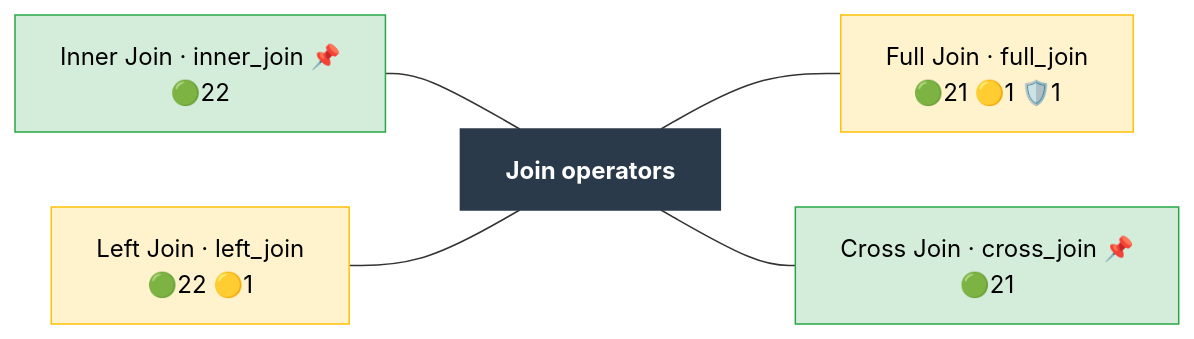
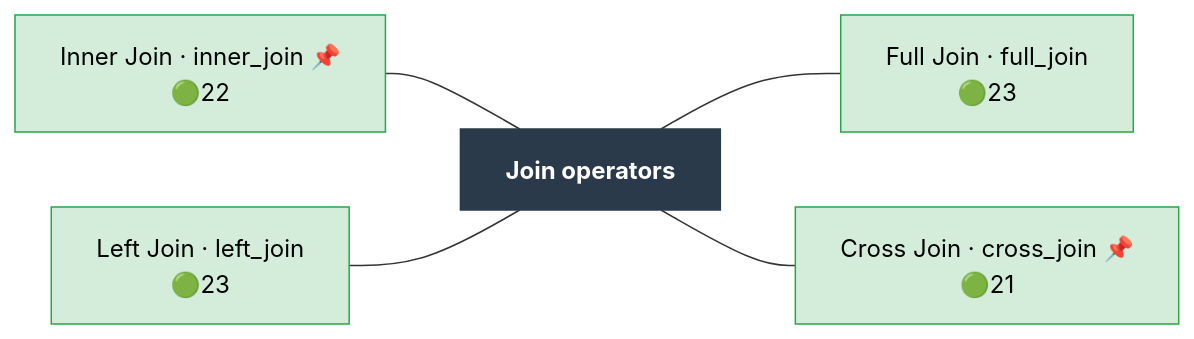
The diagram in docs/operator_map/join/index.rst (Meaningful-Data/vtlengine), drawn with Mermaid before and after one commit. The commit also changed other lines of this file and 100 other files, not shown here.

```diff
--- a/docs/operator_map/join/index.rst
+++ b/docs/operator_map/join/index.rst
@@ -24,24 +24,24 @@
 .. mermaid::
    :config: {"flowchart": {"useMaxWidth": false}}
 
    flowchart LR
        classDef ok fill:#d4edda,stroke:#28a745,color:#000
        classDef partial fill:#fff3cd,stroke:#ffc107,color:#000
        classDef refused fill:#d4edda,stroke:#28a745,stroke-width:3px,stroke-dasharray: 2 2,color:#000
        classDef missing fill:#f8d7da,stroke:#dc3545,color:#000
        classDef diverge fill:#cce5ff,stroke:#007bff,color:#000
        classDef block fill:#2b3a4a,stroke:#2b3a4a,color:#fff,font-weight:bold
        classDef ext fill:#fff,stroke:#666,color:#000,stroke-dasharray: 5 5
        B["Join operators"]:::block
        join__inner_join["Inner Join · inner_join 📌<br/>🟢22"]:::ok
-       join__left_join["Left Join · left_join<br/>🟢22 🟡1"]:::partial
-       join__full_join["Full Join · full_join<br/>🟢21 🟡1 🛡️1"]:::partial
+       join__left_join["Left Join · left_join<br/>🟢23"]:::ok
+       join__full_join["Full Join · full_join<br/>🟢23"]:::ok
        join__cross_join["Cross Join · cross_join 📌<br/>🟢21"]:::ok
        join__inner_join --- B
        join__left_join --- B
        B --- join__full_join
        B --- join__cross_join
        click join__inner_join href "inner_join.html"
        click join__left_join href "left_join.html"
        click join__full_join href "full_join.html"
        click join__cross_join href "cross_join.html"
```
